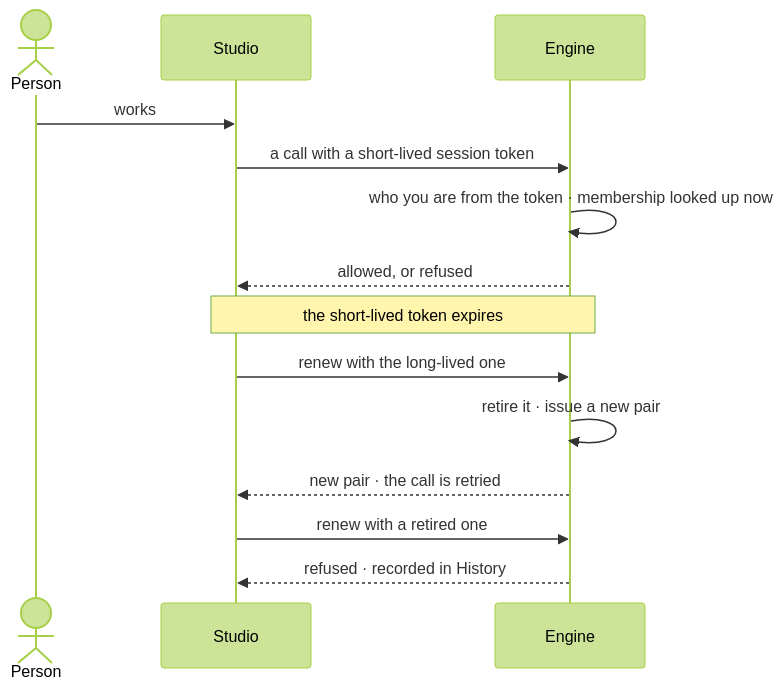
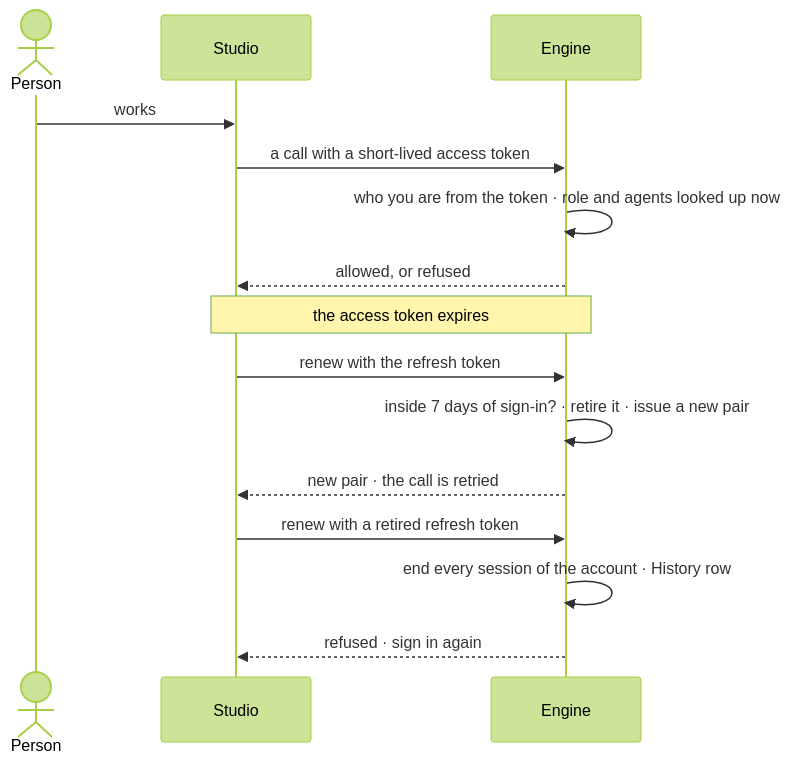
Before and after one commit to invana/invana: the second of 2 diagrams in specs/os/access/features/AC-F01-sign-in-account-and-sessions/feature.md, drawn with Mermaid (forest theme). The commit also changed other lines of this file and 522 other files, not shown here.

First line of the commit message:
feat(specs): specs-planes — Access, Control, Agents, Evidence and Ontology planes

````diff
--- a/specs/os/access/features/AC-F01-sign-in-account-and-sessions/feature.md
+++ b/specs/os/access/features/AC-F01-sign-in-account-and-sessions/feature.md
@@ -56,16 +52,17 @@
 ```mermaid
 sequenceDiagram
   actor P as Person
   participant S as Studio
   participant E as Engine
   P->>S: works
-  S->>E: a call with a short-lived session token
-  E->>E: who you are from the token · membership looked up now
+  S->>E: a call with a short-lived access token
+  E->>E: who you are from the token · role and agents looked up now
   E-->>S: allowed, or refused
-  Note over S,E: the short-lived token expires
-  S->>E: renew with the long-lived one
-  E->>E: retire it · issue a new pair
+  Note over S,E: the access token expires
+  S->>E: renew with the refresh token
+  E->>E: inside 7 days of sign-in? · retire it · issue a new pair
   E-->>S: new pair · the call is retried
-  S->>E: renew with a retired one
-  E-->>S: refused · recorded in History
+  S->>E: renew with a retired refresh token
+  E->>E: end every session of the account · History row
+  E-->>S: refused · sign in again
 ```
````
